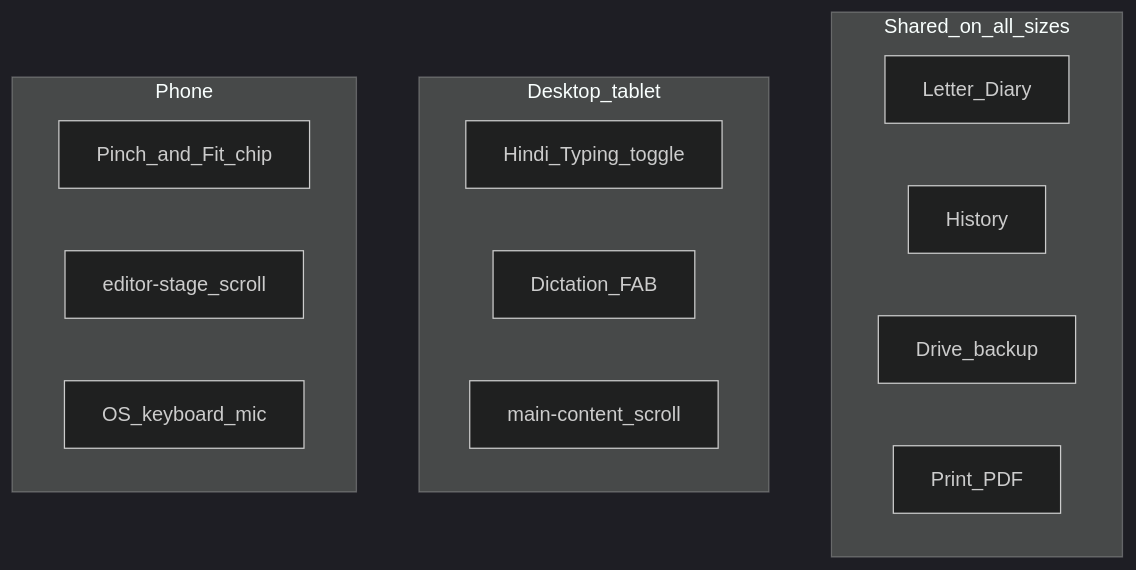
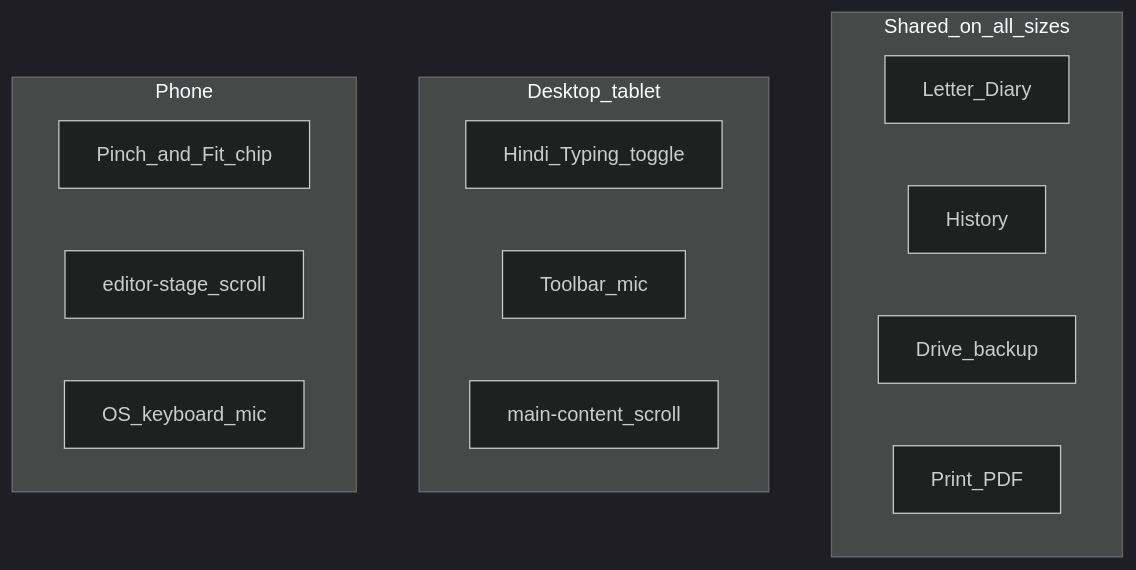
The diagram in docs/desktop-vs-mobile.md (arverma/Bihar-Police-Notebook), drawn with Mermaid (dark theme) before and after one commit. The commit also changed other lines of this file and 18 other files, not shown here.

````diff
--- a/docs/desktop-vs-mobile.md
+++ b/docs/desktop-vs-mobile.md
@@ -21,19 +21,19 @@
 ```mermaid
 flowchart TB
   subgraph shared [Shared_on_all_sizes]
     templates[Letter_Diary]
     history[History]
     drive[Drive_backup]
     print[Print_PDF]
   end
   subgraph desk [Desktop_tablet]
     hinglish[Hindi_Typing_toggle]
-    dict[Dictation_FAB]
+    dict[Toolbar_mic]
     mainScroll[main-content_scroll]
   end
   subgraph phone [Phone]
     pinch[Pinch_and_Fit_chip]
     stageScroll[editor-stage_scroll]
     kbMic[OS_keyboard_mic]
   end
 ```
````
